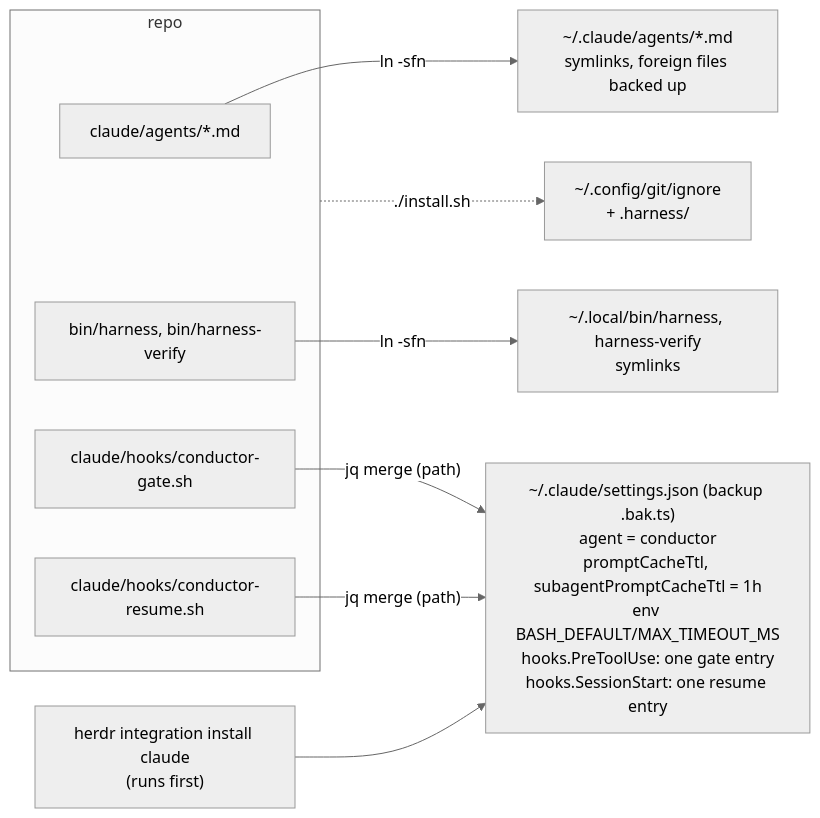
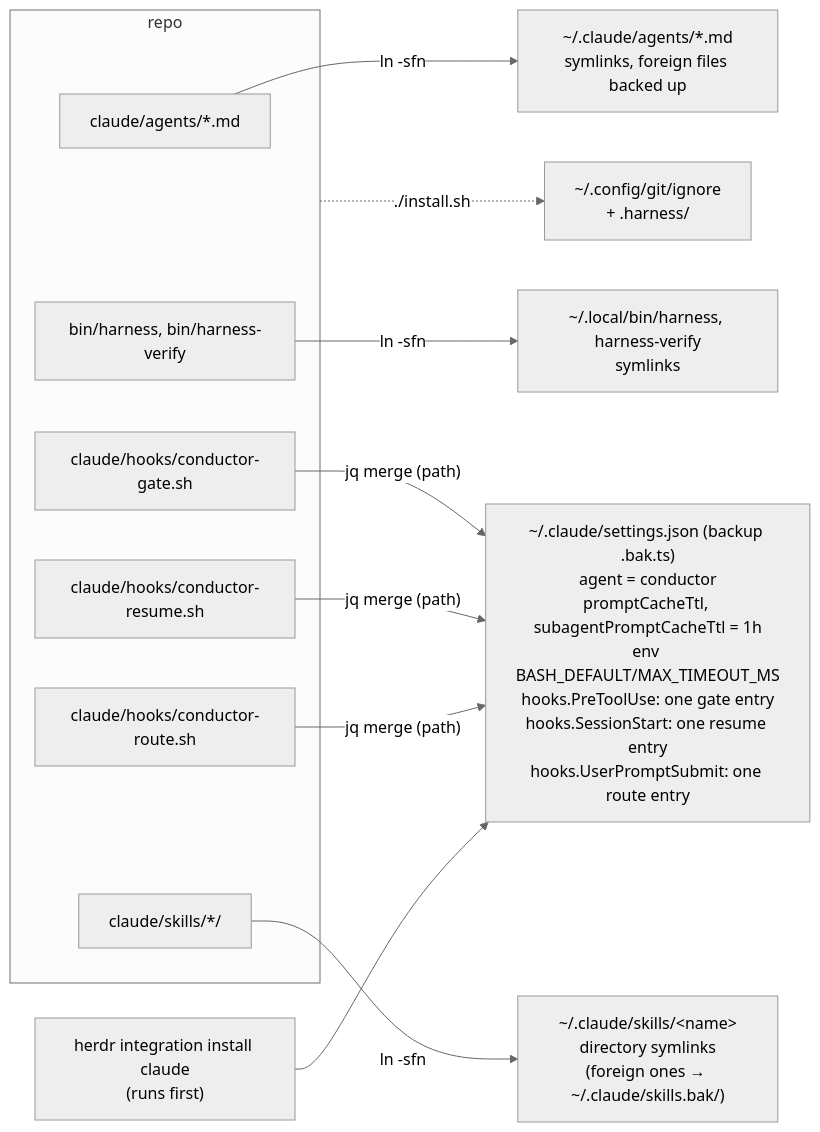
The seventh of 8 diagrams in docs/architecture.md (geonhos/claude-code-setup), drawn with Mermaid (neutral theme) before and after one commit. The commit also changed other lines of this file and 1 other file, not shown here.

````diff
--- a/docs/architecture.md
+++ b/docs/architecture.md
@@ -283,20 +286,25 @@
 ```mermaid
 flowchart LR
   subgraph repo["repo"]
     RA["claude/agents/*.md"]
     RB["bin/harness, bin/harness-verify"]
     RG["claude/hooks/conductor-gate.sh"]
     RR["claude/hooks/conductor-resume.sh"]
+    RT["claude/hooks/conductor-route.sh"]
+    RS["claude/skills/*/"]
   end
   HI["herdr integration install claude<br/>(runs first)"]
   A2["~/.claude/agents/*.md<br/>symlinks, foreign files backed up"]
   B2["~/.local/bin/harness, harness-verify<br/>symlinks"]
-  ST["~/.claude/settings.json (backup .bak.ts)<br/>agent = conductor<br/>promptCacheTtl, subagentPromptCacheTtl = 1h<br/>env BASH_DEFAULT/MAX_TIMEOUT_MS<br/>hooks.PreToolUse: one gate entry<br/>hooks.SessionStart: one resume entry"]
+  ST["~/.claude/settings.json (backup .bak.ts)<br/>agent = conductor<br/>promptCacheTtl, subagentPromptCacheTtl = 1h<br/>env BASH_DEFAULT/MAX_TIMEOUT_MS<br/>hooks.PreToolUse: one gate entry<br/>hooks.SessionStart: one resume entry<br/>hooks.UserPromptSubmit: one route entry"]
+  S2["~/.claude/skills/&lt;name&gt;<br/>directory symlinks<br/>(foreign ones → ~/.claude/skills.bak/)"]
   GI["~/.config/git/ignore<br/>+ .harness/"]
   RA -- "ln -sfn" --> A2
   RB -- "ln -sfn" --> B2
   RG -- "jq merge (path)" --> ST
   RR -- "jq merge (path)" --> ST
+  RT -- "jq merge (path)" --> ST
+  RS -- "ln -sfn" --> S2
   HI --> ST
   repo -. "./install.sh" .-> GI
 ```
````
